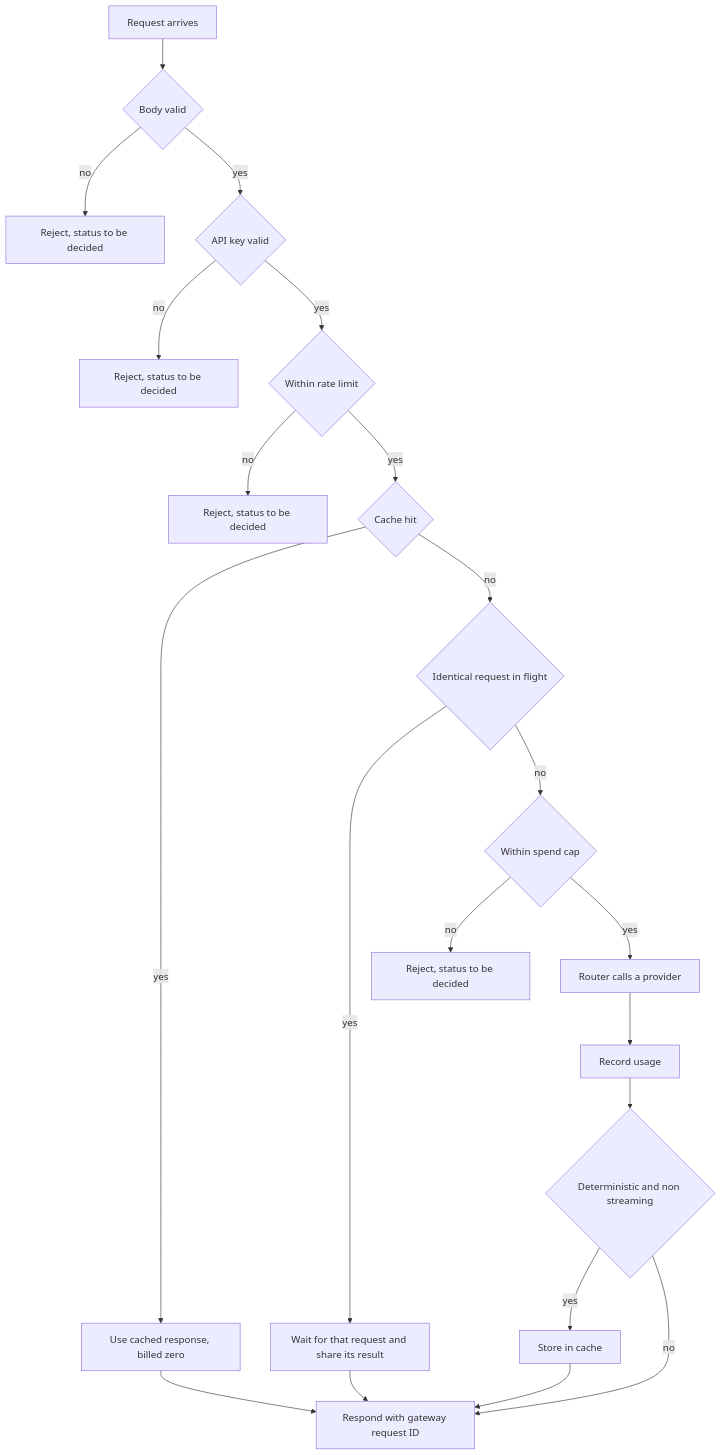
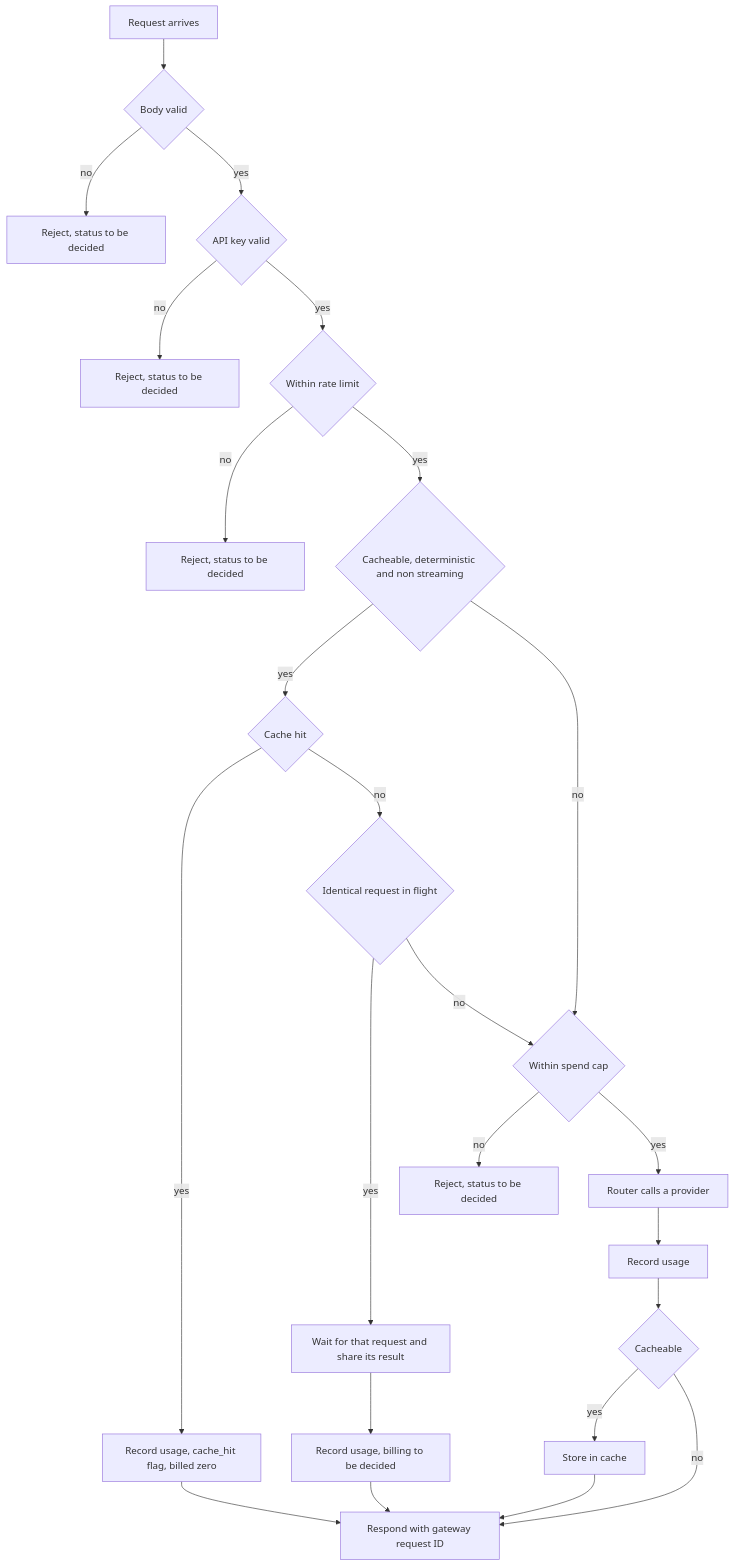
Before and after one commit to Jasmeet-011/LLMGateway: the second of 5 diagrams in FLOW.md, drawn with Mermaid. The commit also changed other lines of this file and 2 other files, not shown here.

First line of the commit message:
Record check order as D-018 and refine FLOW.md request flow

````diff
--- a/FLOW.md
+++ b/FLOW.md
@@ -59,23 +61,26 @@
 ```mermaid
 flowchart TD
     A[Request arrives] --> B{Body valid}
     B -->|no| R1[Reject, status to be decided]
     B -->|yes| C{API key valid}
     C -->|no| R2[Reject, status to be decided]
     C -->|yes| D{Within rate limit}
     D -->|no| R3[Reject, status to be decided]
-    D -->|yes| E{Cache hit}
-    E -->|yes| H[Use cached response, billed zero]
+    D -->|yes| K{Cacheable, deterministic and non streaming}
+    K -->|yes| E{Cache hit}
+    E -->|yes| H[Record usage, cache_hit flag, billed zero]
     E -->|no| F{Identical request in flight}
     F -->|yes| W[Wait for that request and share its result]
+    W --> WU[Record usage, billing to be decided]
     F -->|no| G{Within spend cap}
+    K -->|no| G
     G -->|no| R4[Reject, status to be decided]
     G -->|yes| RT[Router calls a provider]
     RT --> U[Record usage]
-    U --> S{Deterministic and non streaming}
+    U --> S{Cacheable}
     S -->|yes| SC[Store in cache]
     S -->|no| OUT[Respond with gateway request ID]
     SC --> OUT
     H --> OUT
-    W --> OUT
+    WU --> OUT
 ```
````
